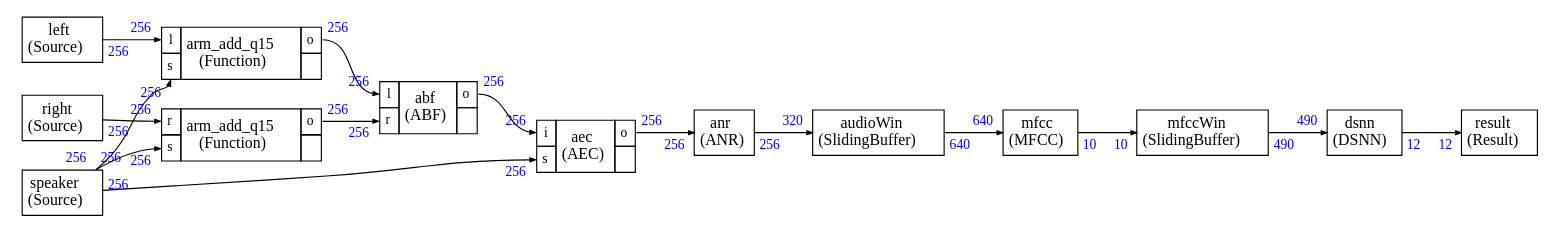
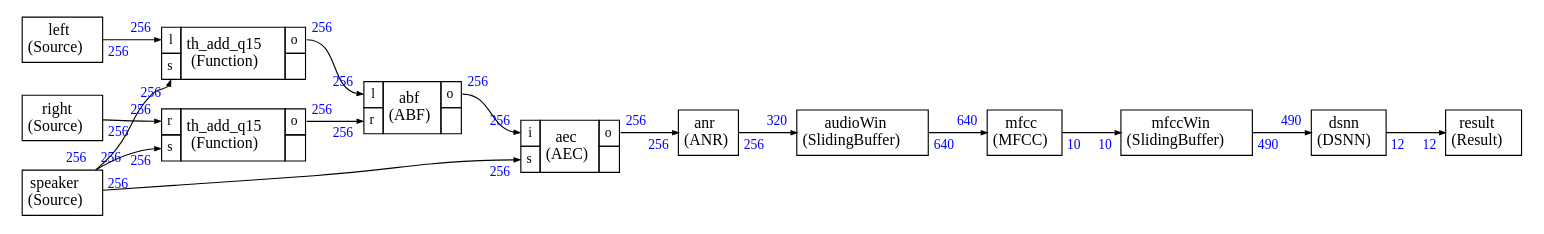
One commit to christophe0606/audiomark changed the diagram in src/cmsis_stream/pre_schedule_audiomark.dot. Above: the diagram before and after it, drawn with Graphviz. The commit also changed 34 other files, not shown here.

```diff
--- a/src/cmsis_stream/pre_schedule_audiomark.dot
+++ b/src/cmsis_stream/pre_schedule_audiomark.dot
@@ -18,11 +18,11 @@
 </TABLE>>];
 
 
-arm_add_q151 [label=<
+th_add_q151 [label=<
 <TABLE color="black" bgcolor="none" BORDER="0" CELLBORDER="1" CELLSPACING="0" CELLPADDING="4">
   <TR>
     <TD PORT="l"><FONT POINT-SIZE="12.0" COLOR="black">l</FONT></TD>
-    <TD ALIGN="CENTER" ROWSPAN="2"><FONT COLOR="black" POINT-SIZE="14.0">arm_add_q15<BR/>(Function)</FONT></TD>
+    <TD ALIGN="CENTER" ROWSPAN="2"><FONT COLOR="black" POINT-SIZE="14.0">th_add_q15<BR/>(Function)</FONT></TD>
     <TD PORT="o"><FONT POINT-SIZE="12.0" COLOR="black">o</FONT></TD>
   </TR>
 <TR>
@@ -48,11 +48,11 @@
 </TABLE>>];
 
 
-arm_add_q152 [label=<
+th_add_q152 [label=<
 <TABLE color="black" bgcolor="none" BORDER="0" CELLBORDER="1" CELLSPACING="0" CELLPADDING="4">
   <TR>
     <TD PORT="r"><FONT POINT-SIZE="12.0" COLOR="black">r</FONT></TD>
-    <TD ALIGN="CENTER" ROWSPAN="2"><FONT COLOR="black" POINT-SIZE="14.0">arm_add_q15<BR/>(Function)</FONT></TD>
+    <TD ALIGN="CENTER" ROWSPAN="2"><FONT COLOR="black" POINT-SIZE="14.0">th_add_q15<BR/>(Function)</FONT></TD>
     <TD PORT="o"><FONT POINT-SIZE="12.0" COLOR="black">o</FONT></TD>
   </TR>
 <TR>
@@ -139,37 +139,37 @@
 
 
 
-left:i -> arm_add_q151:l [style="solid",color="black",label=""
+left:i -> th_add_q151:l [style="solid",color="black",label=""
 ,headlabel=<<TABLE BORDER="0" CELLPADDING="2"><TR><TD><FONT COLOR="blue" POINT-SIZE="12.0" >256</FONT>
 </TD></TR></TABLE>>
 ,taillabel=<<TABLE BORDER="0" CELLPADDING="2"><TR><TD><FONT COLOR="blue" POINT-SIZE="12.0" >256</FONT>
 </TD></TR></TABLE>>]
 
-speaker:i -> arm_add_q151:s [style="solid",color="black",label=""
+speaker:i -> th_add_q151:s [style="solid",color="black",label=""
 ,headlabel=<<TABLE BORDER="0" CELLPADDING="2"><TR><TD><FONT COLOR="blue" POINT-SIZE="12.0" >256</FONT>
 </TD></TR></TABLE>>
 ,taillabel=<<TABLE BORDER="0" CELLPADDING="2"><TR><TD><FONT COLOR="blue" POINT-SIZE="12.0" >256</FONT>
 </TD></TR></TABLE>>]
 
-right:i -> arm_add_q152:r [style="solid",color="black",label=""
+right:i -> th_add_q152:r [style="solid",color="black",label=""
 ,headlabel=<<TABLE BORDER="0" CELLPADDING="2"><TR><TD><FONT COLOR="blue" POINT-SIZE="12.0" >256</FONT>
 </TD></TR></TABLE>>
 ,taillabel=<<TABLE BORDER="0" CELLPADDING="2"><TR><TD><FONT COLOR="blue" POINT-SIZE="12.0" >256</FONT>
 </TD></TR></TABLE>>]
 
-speaker:i -> arm_add_q152:s [style="solid",color="black",label=""
+speaker:i -> th_add_q152:s [style="solid",color="black",label=""
 ,headlabel=<<TABLE BORDER="0" CELLPADDING="2"><TR><TD><FONT COLOR="blue" POINT-SIZE="12.0" >256</FONT>
 </TD></TR></TABLE>>
 ,taillabel=<<TABLE BORDER="0" CELLPADDING="2"><TR><TD><FONT COLOR="blue" POINT-SIZE="12.0" >256</FONT>
 </TD></TR></TABLE>>]
 
-arm_add_q151:o -> abf:l [style="solid",color="black",label=""
+th_add_q151:o -> abf:l [style="solid",color="black",label=""
 ,headlabel=<<TABLE BORDER="0" CELLPADDING="2"><TR><TD><FONT COLOR="blue" POINT-SIZE="12.0" >256</FONT>
 </TD></TR></TABLE>>
 ,taillabel=<<TABLE BORDER="0" CELLPADDING="2"><TR><TD><FONT COLOR="blue" POINT-SIZE="12.0" >256</FONT>
 </TD></TR></TABLE>>]
 
-arm_add_q152:o -> abf:r [style="solid",color="black",label=""
+th_add_q152:o -> abf:r [style="solid",color="black",label=""
 ,headlabel=<<TABLE BORDER="0" CELLPADDING="2"><TR><TD><FONT COLOR="blue" POINT-SIZE="12.0" >256</FONT>
 </TD></TR></TABLE>>
 ,taillabel=<<TABLE BORDER="0" CELLPADDING="2"><TR><TD><FONT COLOR="blue" POINT-SIZE="12.0" >256</FONT>
```
